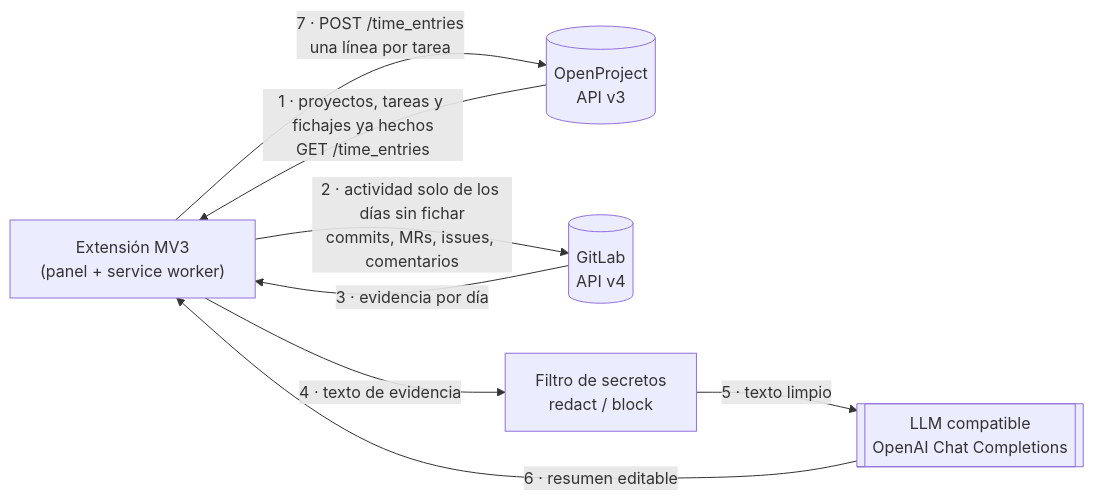
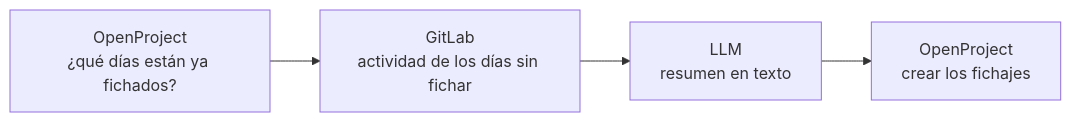
One commit to rubensr91/fichaje-openproject changed the diagram in README.md. Above: the diagram before and after it, drawn with Mermaid. The commit also changed other lines of this file and 2 other files, not shown here.

Commit message:
docs: simplify README flow diagram to four steps

````diff
--- a/README.md
+++ b/README.md
@@ -16,16 +16,6 @@
 ```mermaid
 flowchart LR
-    EXT["Extensión MV3<br/>(panel + service worker)"]
-    OP[("OpenProject<br/>API v3")]
-    GL[("GitLab<br/>API v4")]
-    RED["Filtro de secretos<br/>redact / block"]
-    LLM[["LLM compatible<br/>OpenAI Chat Completions"]]
-
-    OP -- "1 · proyectos, tareas y fichajes ya hechos<br/>GET /time_entries" --> EXT
-    EXT -- "2 · actividad solo de los días sin fichar<br/>commits, MRs, issues, comentarios" --> GL
-    GL -- "3 · evidencia por día" --> EXT
-    EXT -- "4 · texto de evidencia" --> RED
-    RED -- "5 · texto limpio" --> LLM
-    LLM -- "6 · resumen editable" --> EXT
-    EXT -- "7 · POST /time_entries<br/>una línea por tarea" --> OP
+    A["OpenProject<br/>¿qué días están ya fichados?"] --> B["GitLab<br/>actividad de los días sin fichar"]
+    B --> C["LLM<br/>resumen en texto"]
+    C --> D["OpenProject<br/>crear los fichajes"]
 ```
````
